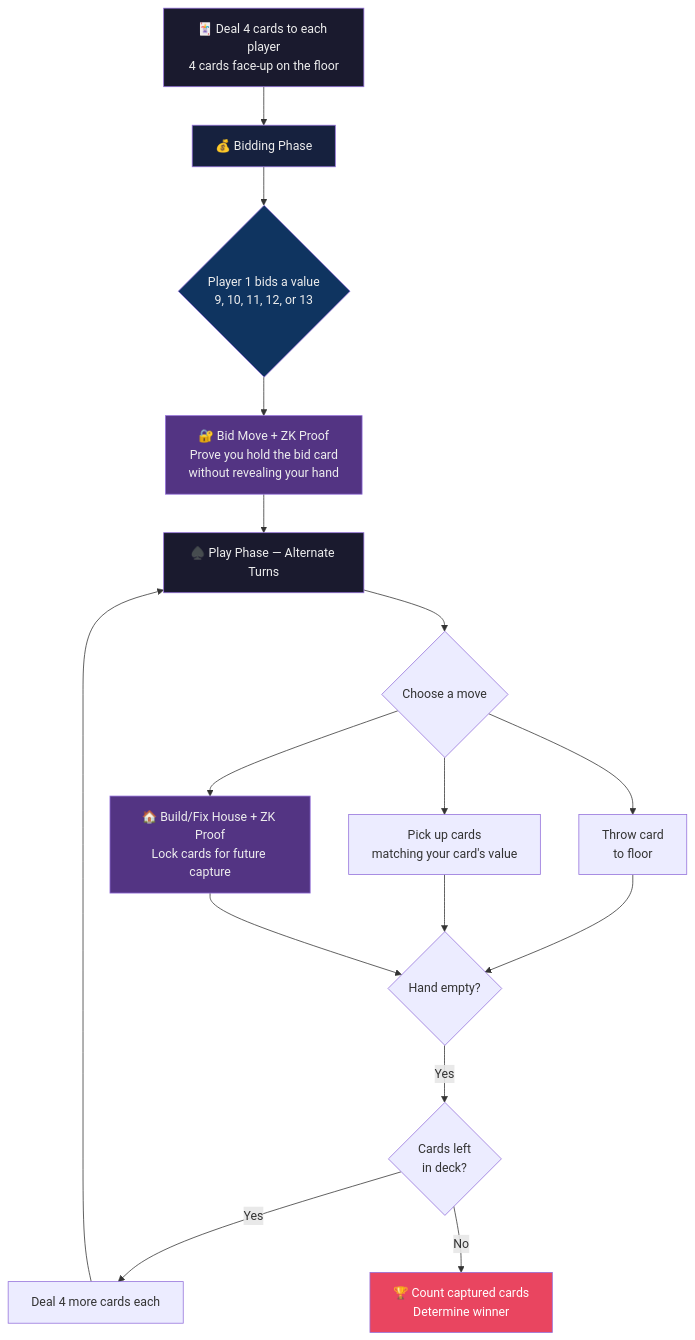
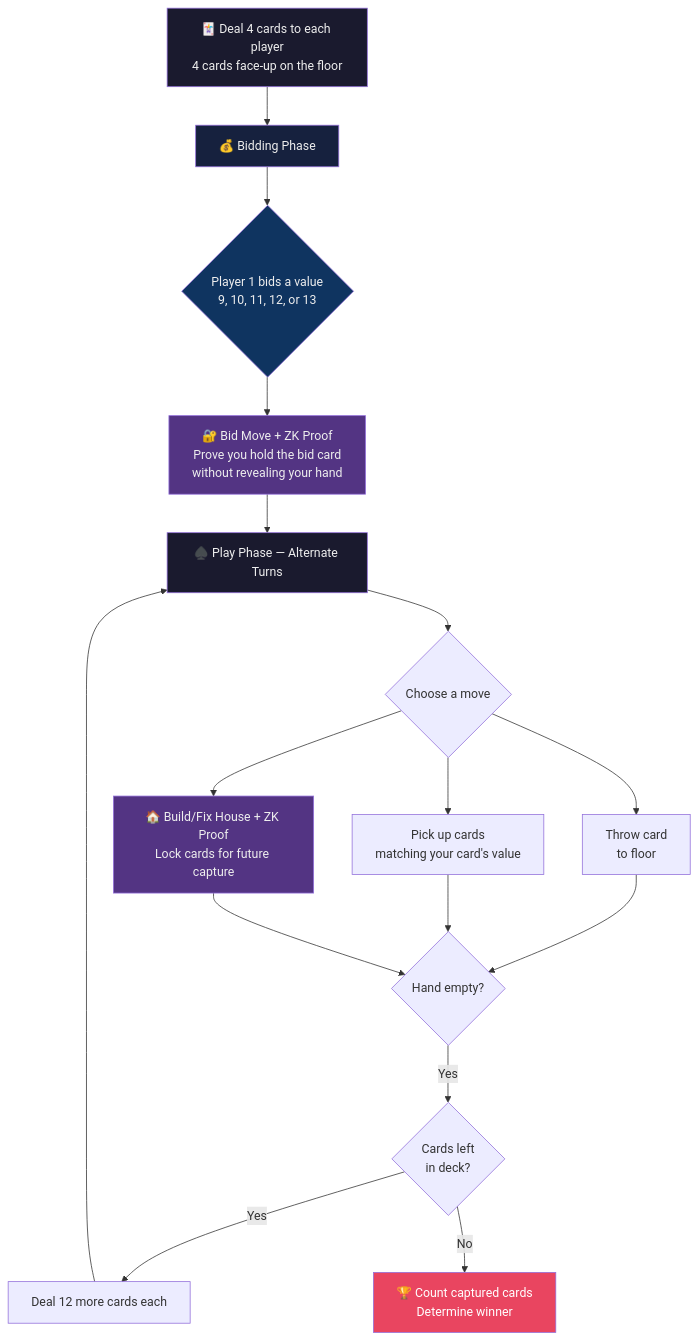
The first of 3 diagrams in README.md (Shreshtthh/ZK-Seep), drawn with Mermaid before and after one commit. The commit also changed other lines of this file and 2 other files, not shown here.

````diff
--- a/README.md
+++ b/README.md
@@ -74,30 +74,30 @@
 ```mermaid
 flowchart TD
     A["🃏 Deal 4 cards to each player<br/>4 cards face-up on the floor"] --> B["💰 Bidding Phase"]
     B --> C{"Player 1 bids a value<br/>9, 10, 11, 12, or 13"}
     C --> D["🔐 Bid Move + ZK Proof<br/>Prove you hold the bid card<br/>without revealing your hand"]
     D --> E["♠️ Play Phase — Alternate Turns"]
 
     E --> F{"Choose a move"}
     F --> T["Throw card<br/>to floor"]
     F --> P["Pick up cards<br/>matching your card's value"]
     F --> H["🏠 Build/Fix House + ZK Proof<br/>Lock cards for future capture"]
 
     T --> G
     P --> G
     H --> G
 
     G{"Hand empty?"}
     G -->|"Yes"| R{"Cards left<br/>in deck?"}
-    R -->|"Yes"| RE["Deal 4 more cards each"]
+    R -->|"Yes"| RE["Deal 12 more cards each"]
     RE --> E
     R -->|"No"| S["🏆 Count captured cards<br/>Determine winner"]
 
     style A fill:#1a1a2e,color:#eee
     style B fill:#16213e,color:#eee
     style C fill:#0f3460,color:#eee
     style D fill:#533483,color:#eee
     style E fill:#1a1a2e,color:#eee
     style H fill:#533483,color:#eee
     style S fill:#e94560,color:#fff
 ```
````
